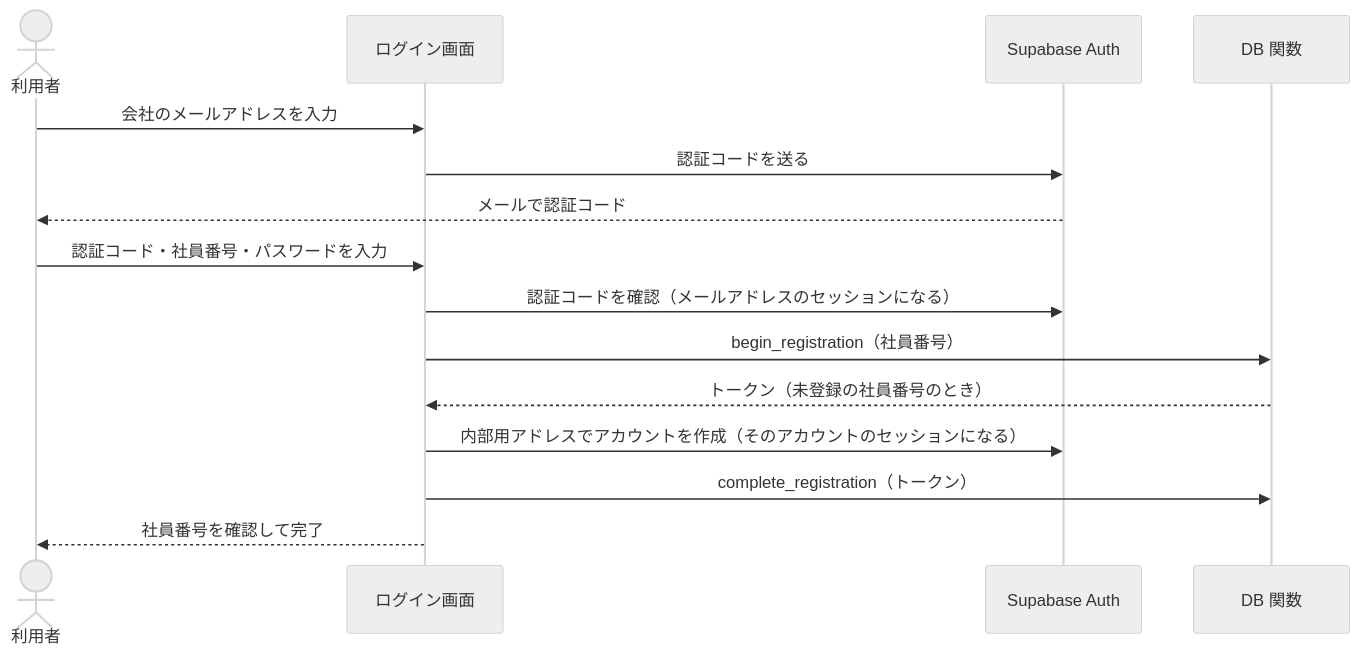
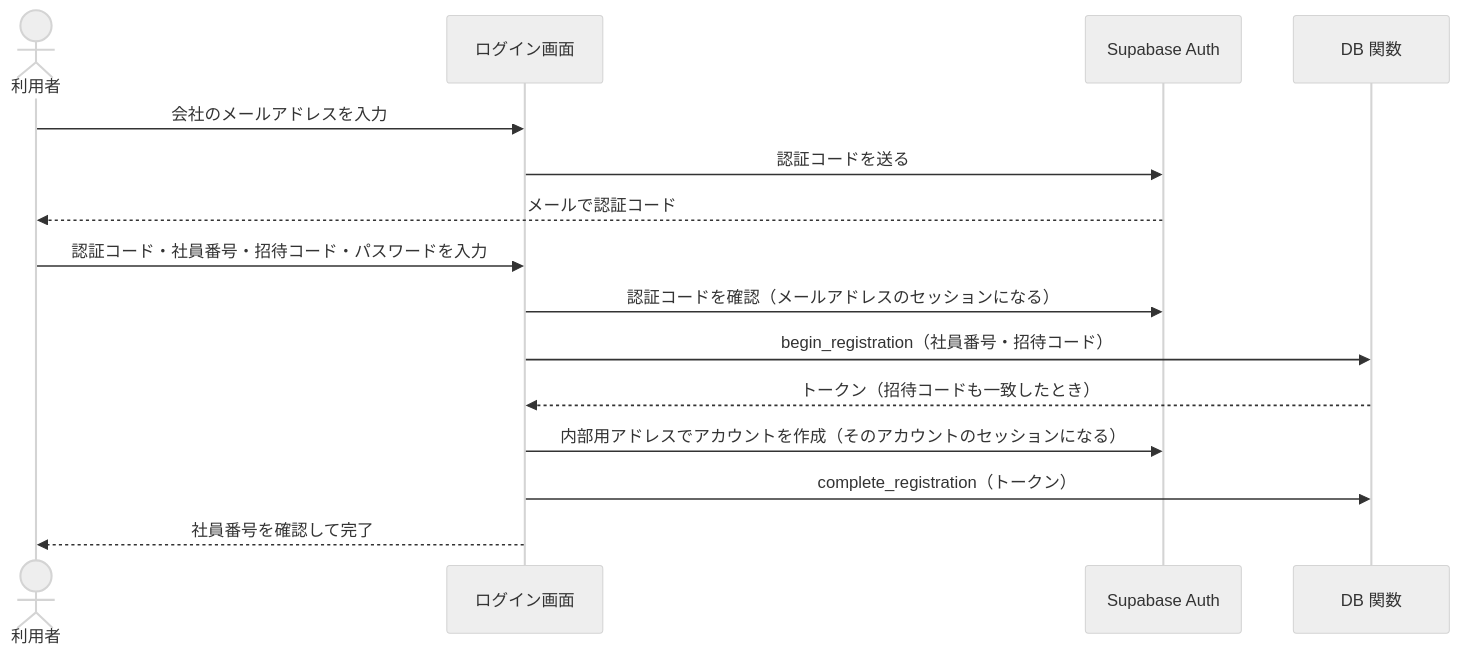
One commit to tsuchiyoshi-industry/typa changed the fifth of 5 diagrams in docs/basic-design.md. Above: the diagram before and after it, drawn with Mermaid (neutral theme). The commit also changed other lines of this file and 76 other files, not shown here.

````diff
--- a/docs/basic-design.md
+++ b/docs/basic-design.md
@@ -683,17 +687,17 @@
 ```mermaid
 sequenceDiagram
   actor U as 利用者
   participant V as ログイン画面
   participant A as Supabase Auth
   participant D as DB 関数
   U->>V: 会社のメールアドレスを入力
   V->>A: 認証コードを送る
   A-->>U: メールで認証コード
-  U->>V: 認証コード・社員番号・パスワードを入力
+  U->>V: 認証コード・社員番号・招待コード・パスワードを入力
   V->>A: 認証コードを確認（メールアドレスのセッションになる）
-  V->>D: begin_registration（社員番号）
-  D-->>V: トークン（未登録の社員番号のとき）
+  V->>D: begin_registration（社員番号・招待コード）
+  D-->>V: トークン（招待コードも一致したとき）
   V->>A: 内部用アドレスでアカウントを作成（そのアカウントのセッションになる）
   V->>D: complete_registration（トークン）
   V-->>U: 社員番号を確認して完了
 ```
````
